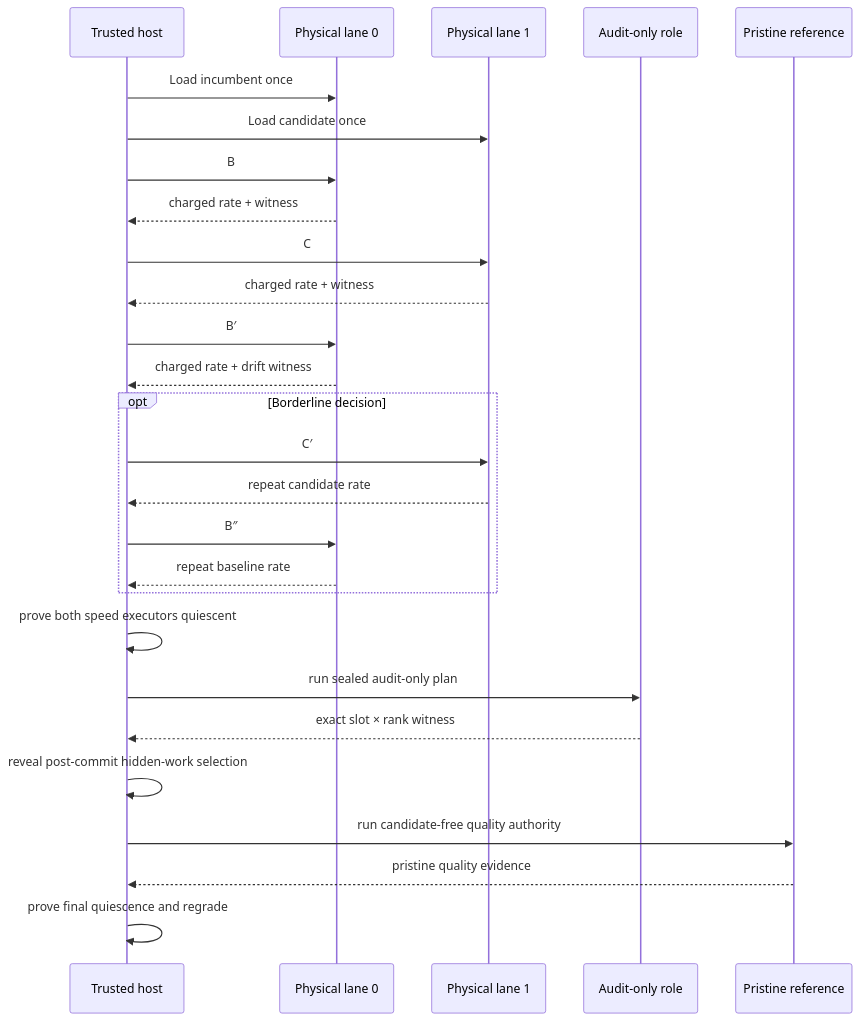
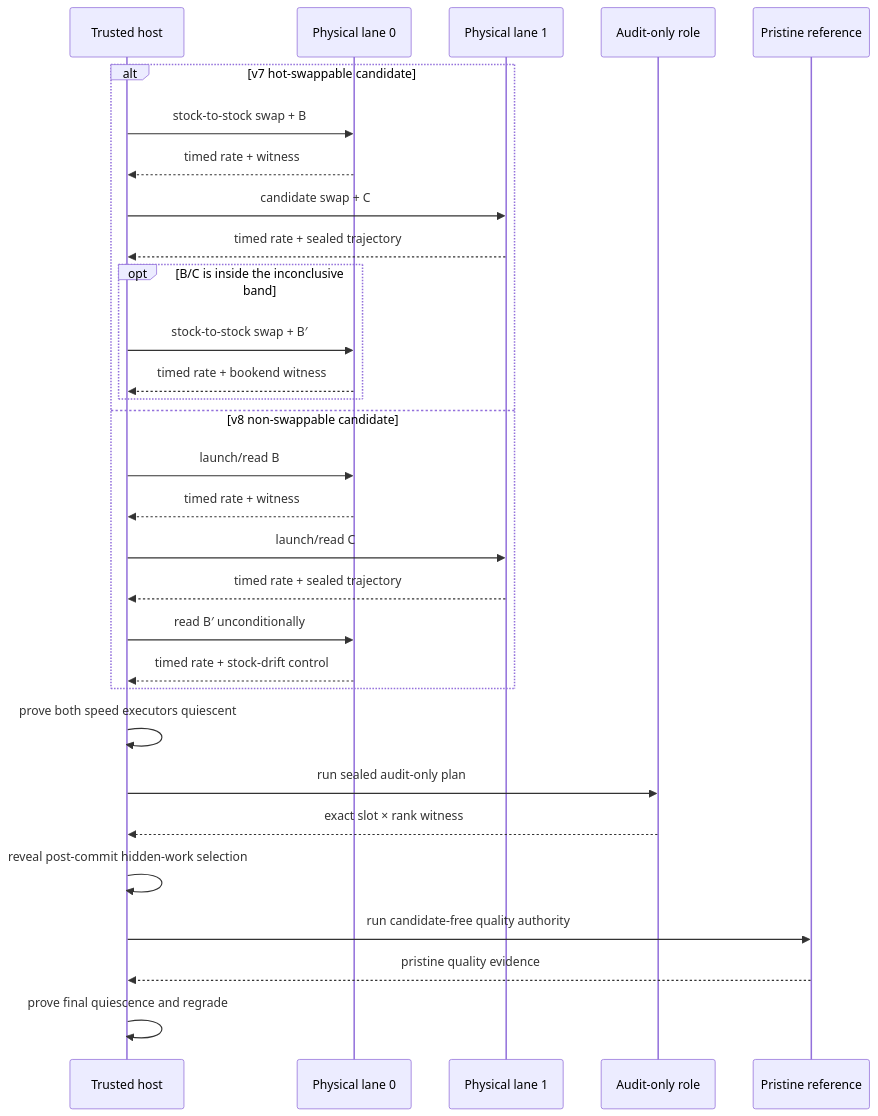
The diagram in docs/validator-guide/qualification.md (latent-to/cacheon), drawn with Mermaid before and after one commit. The commit also changed other lines of this file and 38 other files, not shown here.

````diff
--- a/docs/validator-guide/qualification.md
+++ b/docs/validator-guide/qualification.md
@@ -87,29 +90,32 @@
 ```mermaid
 sequenceDiagram
     participant H as Trusted host
     participant L0 as Physical lane 0
     participant L1 as Physical lane 1
     participant A as Audit-only role
     participant T as Pristine reference
-    H->>L0: Load incumbent once
-    H->>L1: Load candidate once
-    H->>L0: B
-    L0-->>H: charged rate + witness
-    H->>L1: C
-    L1-->>H: charged rate + witness
-    H->>L0: B′
-    L0-->>H: charged rate + drift witness
-    opt Borderline decision
-        H->>L1: C′
-        L1-->>H: repeat candidate rate
-        H->>L0: B″
-        L0-->>H: repeat baseline rate
+    alt v7 hot-swappable candidate
+        H->>L0: stock-to-stock swap + B
+        L0-->>H: timed rate + witness
+        H->>L1: candidate swap + C
+        L1-->>H: timed rate + sealed trajectory
+        opt B/C is inside the inconclusive band
+            H->>L0: stock-to-stock swap + B′
+            L0-->>H: timed rate + bookend witness
+        end
+    else v8 non-swappable candidate
+        H->>L0: launch/read B
+        L0-->>H: timed rate + witness
+        H->>L1: launch/read C
+        L1-->>H: timed rate + sealed trajectory
+        H->>L0: read B′ unconditionally
+        L0-->>H: timed rate + stock-drift control
     end
     H->>H: prove both speed executors quiescent
     H->>A: run sealed audit-only plan
     A-->>H: exact slot × rank witness
     H->>H: reveal post-commit hidden-work selection
     H->>T: run candidate-free quality authority
     T-->>H: pristine quality evidence
     H->>H: prove final quiescence and regrade
 ```
````
